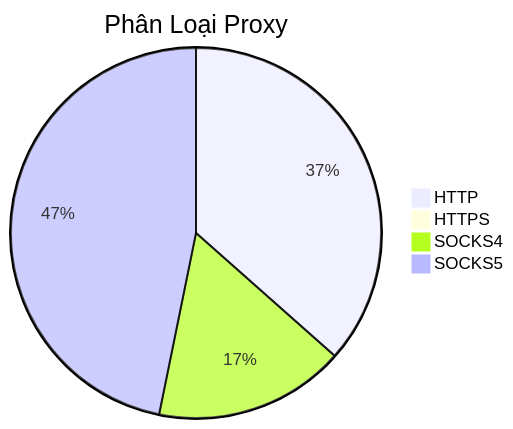
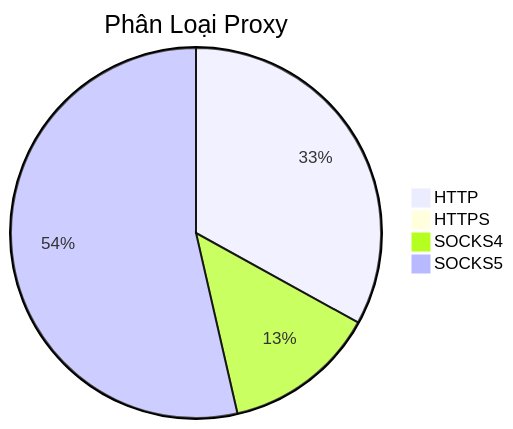
Before and after one commit to Ciara-12/PROXY-free: the diagram in README.md, drawn with Mermaid. The commit also changed other lines of this file and 4 other files, not shown here.

````diff
--- a/README.md
+++ b/README.md
@@ -26,7 +26,7 @@
 ```mermaid
 pie title Phân Loại Proxy
-    "HTTP" : 509
-    "HTTPS" : 1
-    "SOCKS4" : 232
-    "SOCKS5" : 652
+    "HTTP" : 593
+    "HTTPS" : 0
+    "SOCKS4" : 240
+    "SOCKS5" : 962
 ```
````
